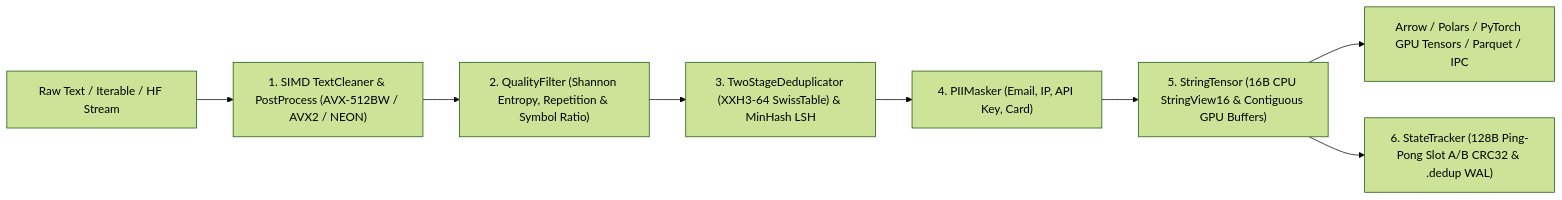
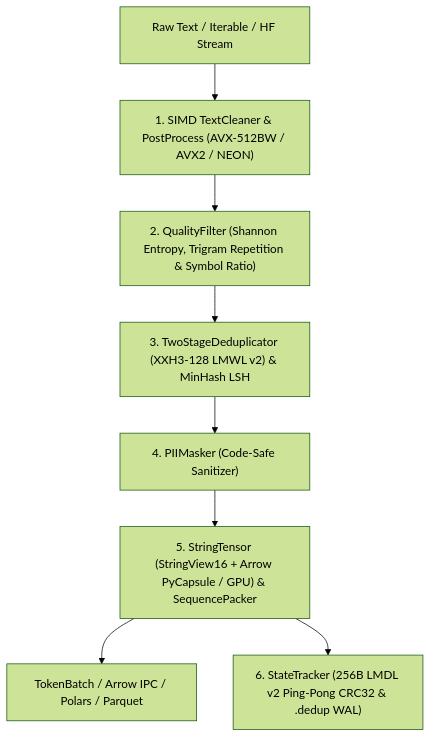
One commit to cloverx-id/luminamoon changed the diagram in docs/dataloader/README.md. Above: the diagram before and after it, drawn with Mermaid (forest theme). The commit also changed other lines of this file and 524 other files, not shown here.

````diff
--- a/docs/dataloader/README.md
+++ b/docs/dataloader/README.md
@@ -11,10 +11,10 @@
 ```mermaid
-flowchart LR
+flowchart TD
     Input["Raw Text / Iterable / HF Stream"] --> Cleaner["1. SIMD TextCleaner & PostProcess (AVX-512BW / AVX2 / NEON)"]
-    Cleaner --> Quality["2. QualityFilter (Shannon Entropy, Repetition & Symbol Ratio)"]
-    Quality --> Dedup["3. TwoStageDeduplicator (XXH3-64 SwissTable) & MinHash LSH"]
-    Dedup --> Masker["4. PIIMasker (Email, IP, API Key, Card)"]
-    Masker --> Tensor["5. StringTensor (16B CPU StringView16 & Contiguous GPU Buffers)"]
-    Tensor --> Export["Arrow / Polars / PyTorch GPU Tensors / Parquet / IPC"]
-    Tensor --> Meta["6. StateTracker (128B Ping-Pong Slot A/B CRC32 & .dedup WAL)"]
+    Cleaner --> Quality["2. QualityFilter (Shannon Entropy, Trigram Repetition & Symbol Ratio)"]
+    Quality --> Dedup["3. TwoStageDeduplicator (XXH3-128 LMWL v2) & MinHash LSH"]
+    Dedup --> Masker["4. PIIMasker (Code-Safe Sanitizer)"]
+    Masker --> Tensor["5. StringTensor (StringView16 + Arrow PyCapsule / GPU) & SequencePacker"]
+    Tensor --> Export["TokenBatch / Arrow IPC / Polars / Parquet"]
+    Tensor --> Meta["6. StateTracker (256B LMDL v2 Ping-Pong CRC32 & .dedup WAL)"]
 ```
````
